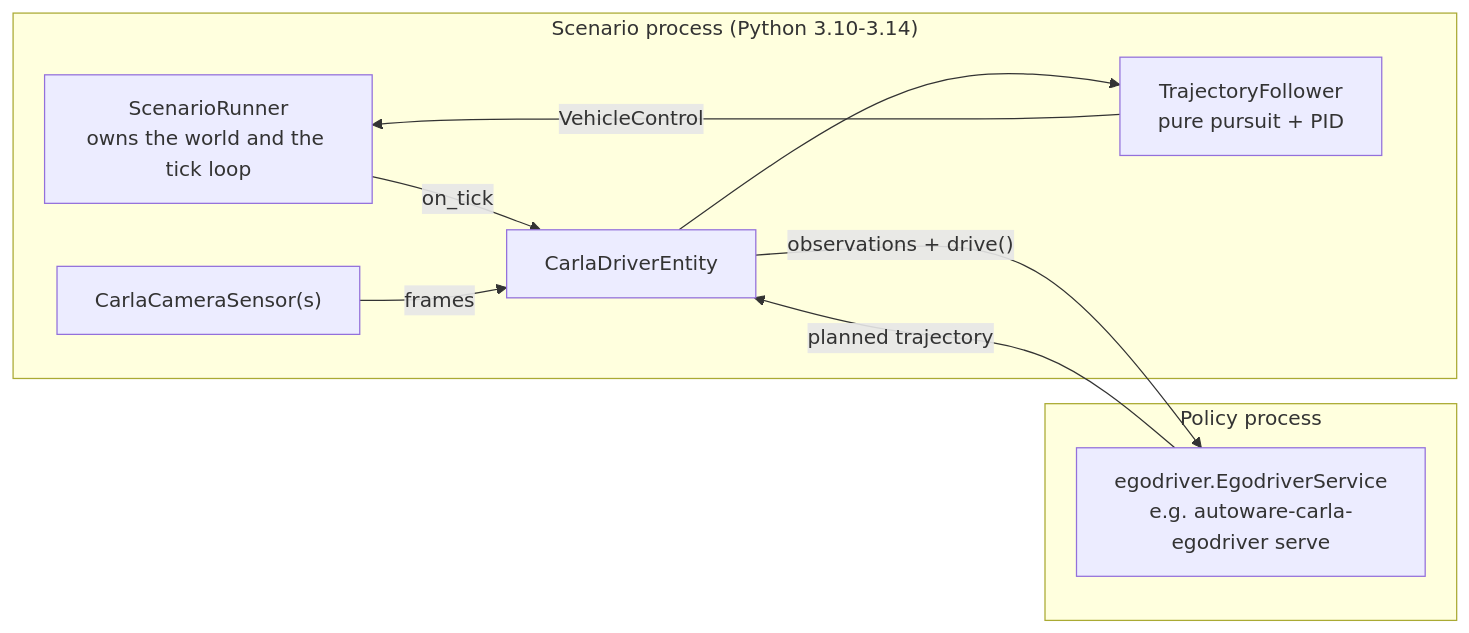
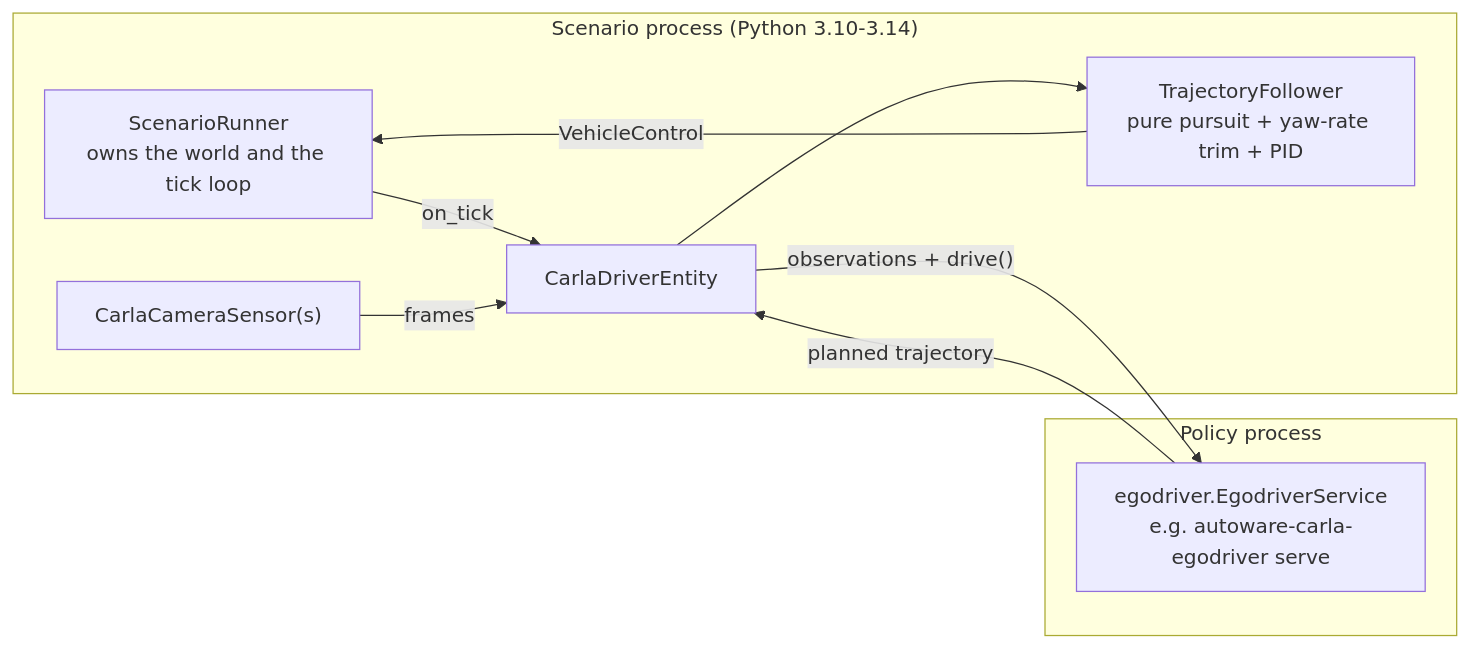
Before and after one commit to autowarefoundation/autoware_carla_scenario: the diagram in autoware_carla_scenario/docs/driver_interface.md, drawn with Mermaid. The commit also changed other lines of this file and 7 other files, not shown here.

First line of the commit message:
feat(driver): steer through CARLA's steering response; trim on the yaw rate

````diff
--- a/autoware_carla_scenario/docs/driver_interface.md
+++ b/autoware_carla_scenario/docs/driver_interface.md
@@ -20,20 +20,20 @@
 ```mermaid
 flowchart LR
     subgraph scenario["Scenario process (Python 3.10-3.14)"]
         SR["ScenarioRunner<br/>owns the world and the tick loop"]
         CDE["CarlaDriverEntity"]
         CAM["CarlaCameraSensor(s)"]
-        TF["TrajectoryFollower<br/>pure pursuit + PID"]
+        TF["TrajectoryFollower<br/>pure pursuit + yaw-rate trim + PID"]
         SR -->|on_tick| CDE
         CAM -->|frames| CDE
         CDE --> TF
         TF -->|VehicleControl| SR
     end
 
     subgraph policy["Policy process"]
         P["egodriver.EgodriverService<br/>e.g. autoware-carla-egodriver serve"]
     end
 
     CDE -->|"observations + drive()"| P
     P -->|"planned trajectory"| CDE
 ```
````
